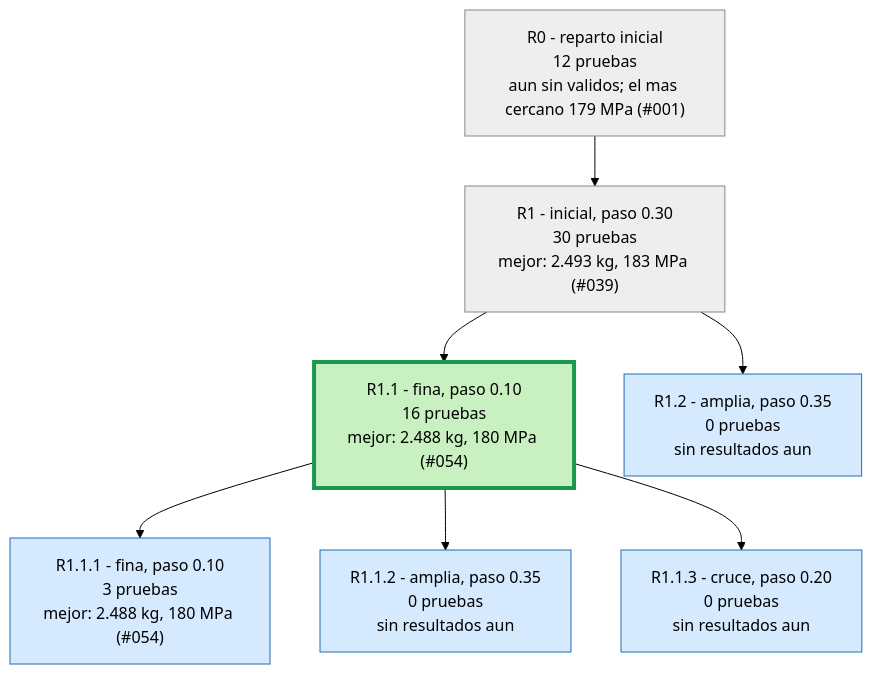
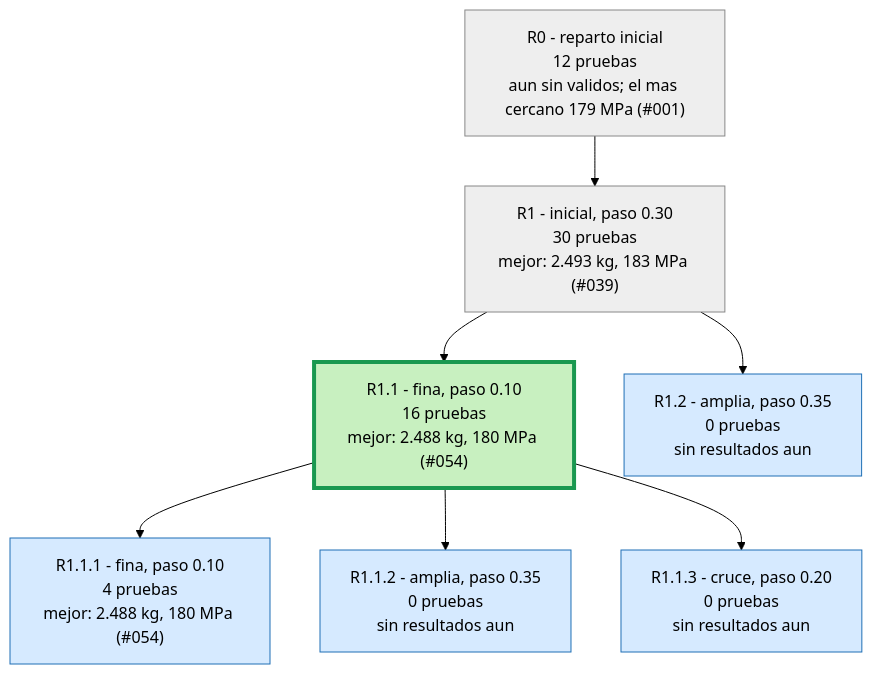
The second of 3 diagrams in runs/opt_37800N/ARBOL.md (Hugiko/msd-soporte-optimizacion), drawn with Mermaid (forest theme) before and after one commit. The commit also changed 22 other files, not shown here.

````diff
--- a/runs/opt_37800N/ARBOL.md
+++ b/runs/opt_37800N/ARBOL.md
@@ -21,19 +21,19 @@
 ```mermaid
 graph TD
 classDef activa fill:#d6eaff,stroke:#1f6fb5,color:#000
 classDef fin fill:#eeeeee,stroke:#888,color:#000
 classDef mejor fill:#c8f0c0,stroke:#1a9850,stroke-width:4px,color:#000
 R0["R0 - reparto inicial<br/>12 pruebas<br/>aun sin validos; el mas cercano 179 MPa (#001)"]:::fin
 R1["R1 - inicial, paso 0.30<br/>30 pruebas<br/>mejor: 2.493 kg, 183 MPa (#039)"]:::fin
 R0 --> R1
 R1_1["R1.1 - fina, paso 0.10<br/>16 pruebas<br/>mejor: 2.488 kg, 180 MPa (#054)"]:::mejor
 R1 --> R1_1
 R1_2["R1.2 - amplia, paso 0.35<br/>0 pruebas<br/>sin resultados aun"]:::activa
 R1 --> R1_2
-R1_1_1["R1.1.1 - fina, paso 0.10<br/>3 pruebas<br/>mejor: 2.488 kg, 180 MPa (#054)"]:::activa
+R1_1_1["R1.1.1 - fina, paso 0.10<br/>4 pruebas<br/>mejor: 2.488 kg, 180 MPa (#054)"]:::activa
 R1_1 --> R1_1_1
 R1_1_2["R1.1.2 - amplia, paso 0.35<br/>0 pruebas<br/>sin resultados aun"]:::activa
 R1_1 --> R1_1_2
 R1_1_3["R1.1.3 - cruce, paso 0.20<br/>0 pruebas<br/>sin resultados aun"]:::activa
 R1_1 --> R1_1_3
 ```
````
